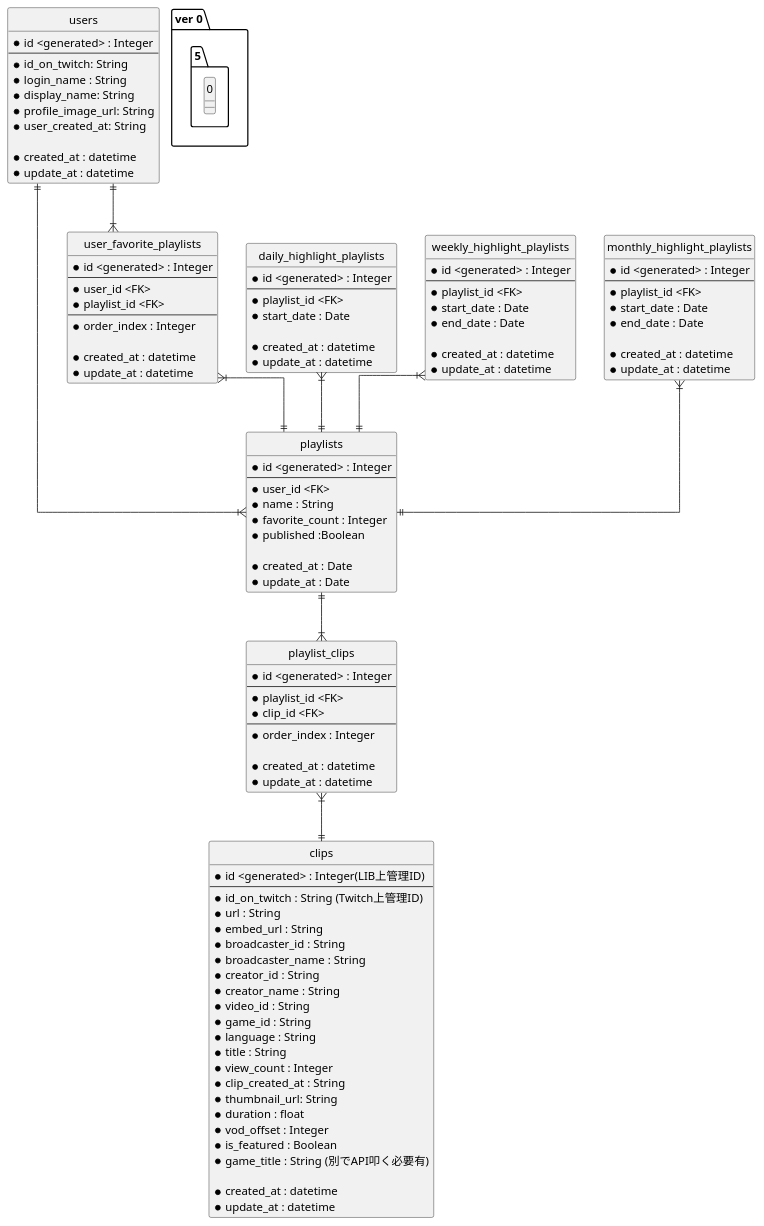
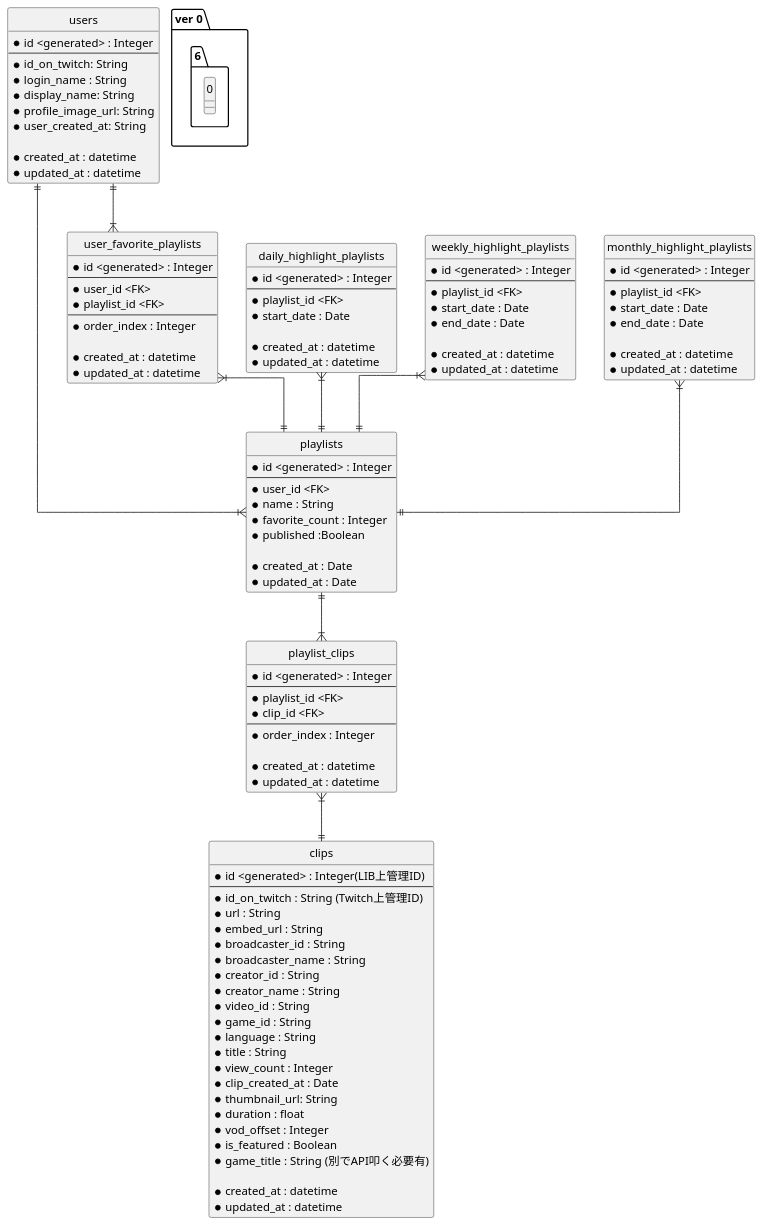
One commit to Taku1103/APPRENTICE_Quests_private changed the diagram in dev2_Team_rubbit/er.pu. Above: the diagram before and after it, drawn with PlantUML.

Commit message:
er ver 0.6.0

```diff
--- a/dev2_Team_rubbit/er.pu
+++ b/dev2_Team_rubbit/er.pu
@@ -3,138 +3,134 @@
 @startuml shortcut_quiz
 
 ' hide the spot
 hide circle
 
 ' avoid problems with angled crows feet
 skinparam linetype ortho
 
 
-entity "ver 0.5.0" {
+entity "ver 0.6.0" {
 
 }
 
 entity "users" {
     *id <generated> : Integer
     --
     *id_on_twitch: String
     *login_name : String
     *display_name: String
     *profile_image_url: String
     *user_created_at: String
 
     *created_at : datetime
-    *update_at : datetime
+    *updated_at : datetime
 }
 
 
 entity "playlists" {
     *id <generated> : Integer
     --
     *user_id <FK>
     *name : String
     *favorite_count : Integer
     *published :Boolean
 
     *created_at : Date
-    *update_at : Date
+    *updated_at : Date
 }
 
 
 entity "clips" {
     *id <generated> : Integer(LIB上管理ID)
     --
     *id_on_twitch : String (Twitch上管理ID)
     *url : String
     *embed_url : String
     *broadcaster_id : String
     *broadcaster_name : String
     *creator_id : String
     *creator_name : String
     *video_id : String
     *game_id : String
     *language : String
     *title : String
     *view_count : Integer
-    *clip_created_at : String
+    *clip_created_at : Date
     *thumbnail_url: String
     *duration : float
     *vod_offset : Integer
     *is_featured : Boolean
     *game_title : String (別でAPI叩く必要有)
 
     *created_at : datetime
-    *update_at : datetime
+    *updated_at : datetime
 }
 
 
 entity  "playlist_clips" {
     *id <generated> : Integer
     --
     *playlist_id <FK>
     *clip_id <FK>
     --
     *order_index : Integer
 
     *created_at : datetime
-    *update_at : datetime
+    *updated_at : datetime
 }
 entity "user_favorite_playlists" {
     *id <generated> : Integer
     --
     *user_id <FK>
     *playlist_id <FK>
     --
     *order_index : Integer
 
     *created_at : datetime
-    *update_at : datetime
+    *updated_at : datetime
 }
 
 entity "daily_highlight_playlists" {
     *id <generated> : Integer
     --
     *playlist_id <FK>
     *start_date : Date
 
     *created_at : datetime
-    *update_at : datetime
+    *updated_at : datetime
 }
 entity "weekly_highlight_playlists" {
     *id <generated> : Integer
     --
     *playlist_id <FK>
     *start_date : Date
     *end_date : Date
 
     *created_at : datetime
-    *update_at : datetime
+    *updated_at : datetime
 }
 entity "monthly_highlight_playlists" {
     *id <generated> : Integer
     --
     *playlist_id <FK>
     *start_date : Date
     *end_date : Date
 
     *created_at : datetime
-    *update_at : datetime
+    *updated_at : datetime
 }
 
 
 
 users||--|{playlists
 playlists||--|{playlist_clips
 playlist_clips}|--||clips
 users||--|{user_favorite_playlists
 user_favorite_playlists}|--||playlists
 
 daily_highlight_playlists}|--||playlists
 weekly_highlight_playlists}|--||playlists
 monthly_highlight_playlists}|--||playlists
 
 
-
-
-
-
 @enduml
```
